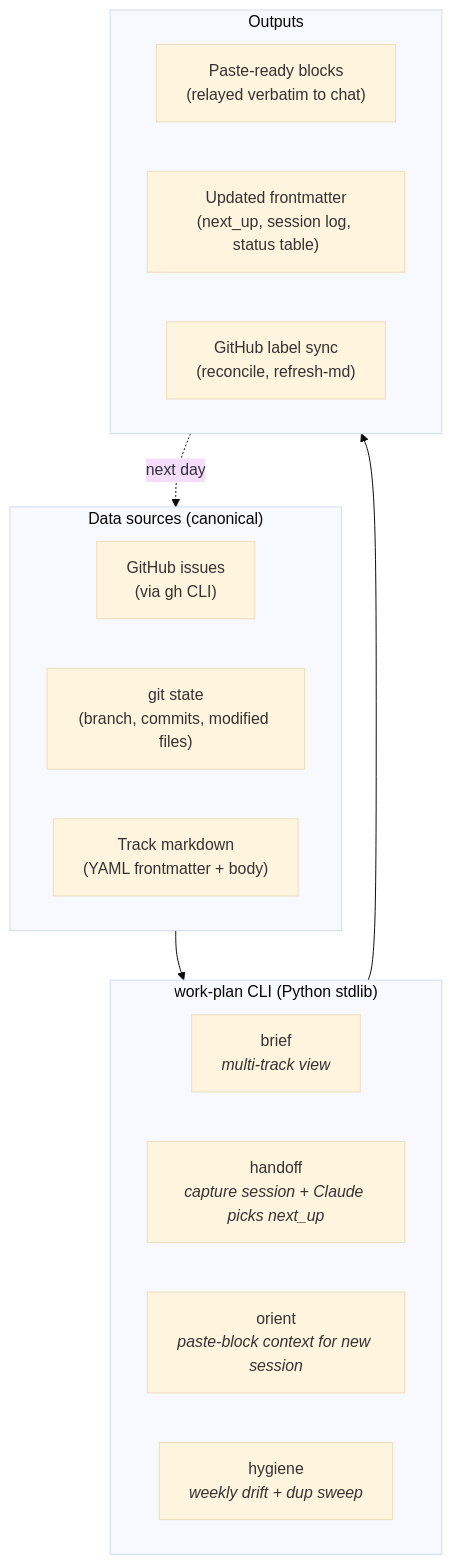
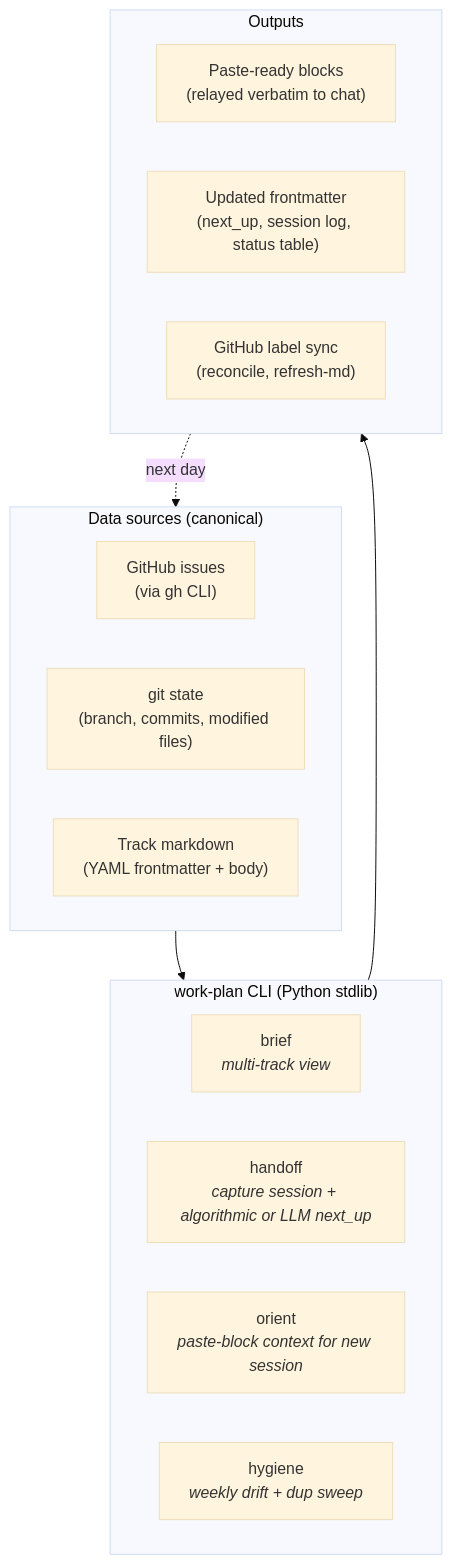
The diagram in README.md (stylusnexus/work-plan-toolkit), drawn with Mermaid (base theme) before and after one commit. The commit also changed other lines of this file, not shown here.

````diff
--- a/README.md
+++ b/README.md
@@ -22,28 +23,28 @@
 ```mermaid
 flowchart TB
     subgraph sources["Data sources (canonical)"]
         direction LR
         gh["GitHub issues<br/>(via gh CLI)"]
         git["git state<br/>(branch, commits, modified files)"]
         md["Track markdown<br/>(YAML frontmatter + body)"]
     end
 
     subgraph cli["work-plan CLI (Python stdlib)"]
         direction LR
         brief["brief<br/><i>multi-track view</i>"]
-        handoff["handoff<br/><i>capture session + Claude picks next_up</i>"]
+        handoff["handoff<br/><i>capture session + algorithmic or LLM next_up</i>"]
         orient["orient<br/><i>paste-block context for new session</i>"]
         hygiene["hygiene<br/><i>weekly drift + dup sweep</i>"]
     end
 
     subgraph outputs["Outputs"]
         direction LR
         paste["Paste-ready blocks<br/>(relayed verbatim to chat)"]
         update["Updated frontmatter<br/>(next_up, session log, status table)"]
         sync["GitHub label sync<br/>(reconcile, refresh-md)"]
     end
 
     sources --> cli
     cli --> outputs
     update -.->|"next day"| md
 ```
````
